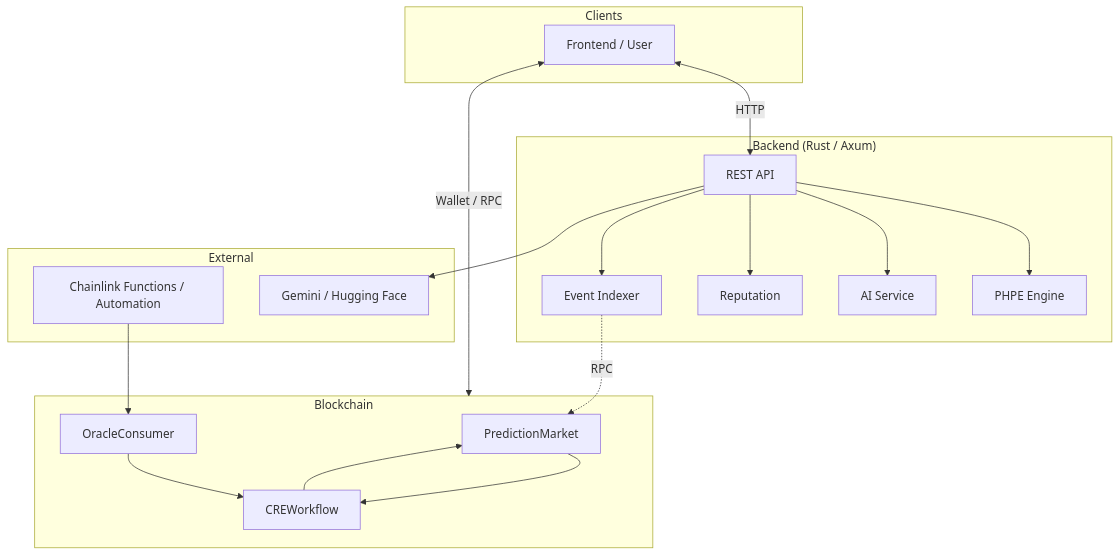
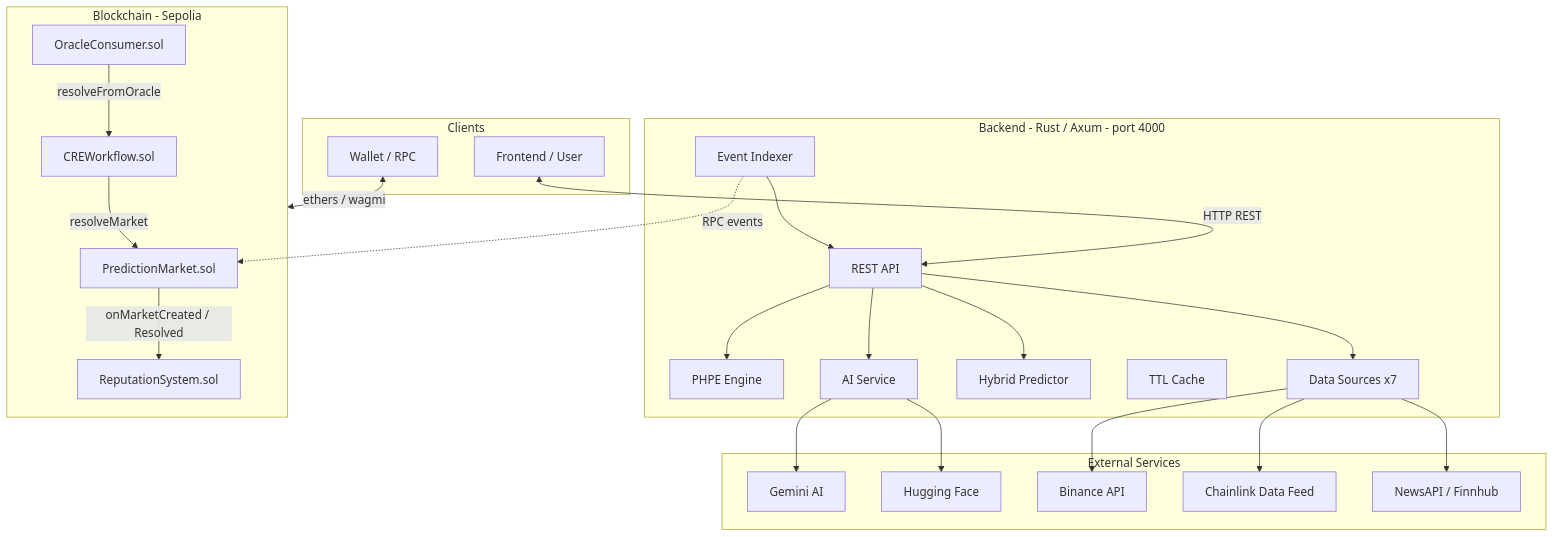
The first of 5 diagrams in README.md (Quantumquirkz/PraesagiumChain), drawn with Mermaid before and after one commit. The commit also changed other lines of this file and 8 other files, not shown here.

````diff
--- a/README.md
+++ b/README.md
@@ -52,38 +59,49 @@
 ```mermaid
 flowchart TB
-    subgraph Client["Clients"]
+    subgraph clients [Clients]
         UI[Frontend / User]
+        Wallet[Wallet / RPC]
     end
 
-    subgraph Backend["Backend (Rust / Axum)"]
+    subgraph backend [Backend - Rust / Axum - port 4000]
         API[REST API]
         PHPE[PHPE Engine]
-        AI[AI Service]
-        REP[Reputation]
-        IDX[Event Indexer]
+        AISvc[AI Service]
+        Hybrid[Hybrid Predictor]
+        Indexer[Event Indexer]
+        Cache[TTL Cache]
+        Sources[Data Sources x7]
         API --> PHPE
-        API --> AI
-        API --> REP
-        API --> IDX
+        API --> AISvc
+        API --> Hybrid
+        API --> Sources
+        Indexer --> API
     end
 
-    subgraph Chain["Blockchain"]
-        PM[PredictionMarket]
-        CRE[CREWorkflow]
-        OC[OracleConsumer]
-        PM --> CRE
-        OC --> CRE
-        CRE --> PM
+    subgraph chain [Blockchain - Sepolia]
+        PM[PredictionMarket.sol]
+        CRE[CREWorkflow.sol]
+        OC[OracleConsumer.sol]
+        Rep[ReputationSystem.sol]
+        OC -->|resolveFromOracle| CRE
+        CRE -->|resolveMarket| PM
+        PM -->|onMarketCreated / Resolved| Rep
     end
 
-    subgraph External["External"]
-        CL[Chainlink Functions / Automation]
-        HF[Gemini / Hugging Face]
+    subgraph external [External Services]
+        Gemini[Gemini AI]
+        HF[Hugging Face]
+        Binance[Binance API]
+        CL[Chainlink Data Feed]
+        News[NewsAPI / Finnhub]
     end
 
-    UI <-->|HTTP| API
-    UI <-->|Wallet / RPC| Chain
-    CL --> OC
-    API --> HF
-    IDX -.->|RPC| PM
+    UI <-->|HTTP REST| API
+    Wallet <-->|ethers / wagmi| chain
+    AISvc --> Gemini
+    AISvc --> HF
+    Sources --> Binance
+    Sources --> CL
+    Sources --> News
+    Indexer -.->|RPC events| PM
 ```
````
